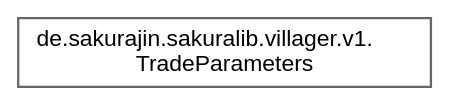
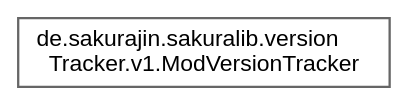
The diagram in inherit_graph_26.dot (noah1510/sakura-lib), drawn with Graphviz before and after one commit. The commit also changed 77 other files, not shown here.

```diff
--- a/inherit_graph_26.dot
+++ b/inherit_graph_26.dot
@@ -1,9 +1,9 @@
 digraph "Graphical Class Hierarchy"
 {
  // LATEX_PDF_SIZE
   bgcolor="transparent";
   edge [fontname=Helvetica,fontsize=10,labelfontname=Helvetica,labelfontsize=10];
   node [fontname=Helvetica,fontsize=10,shape=box,height=0.2,width=0.4];
   rankdir="LR";
-  Node0 [label="de.sakurajin.sakuralib.villager.v1.\lTradeParameters",height=0.2,width=0.4,color="grey40", fillcolor="white", style="filled",URL="$classde_1_1sakurajin_1_1sakuralib_1_1villager_1_1v1_1_1TradeParameters.html",tooltip="A class to represent the parameters for an individual trade."];
+  Node0 [label="de.sakurajin.sakuralib.version\lTracker.v1.ModVersionTracker",height=0.2,width=0.4,color="grey40", fillcolor="white", style="filled",URL="$classde_1_1sakurajin_1_1sakuralib_1_1versionTracker_1_1v1_1_1ModVersionTracker.html",tooltip=" "];
 }
```
